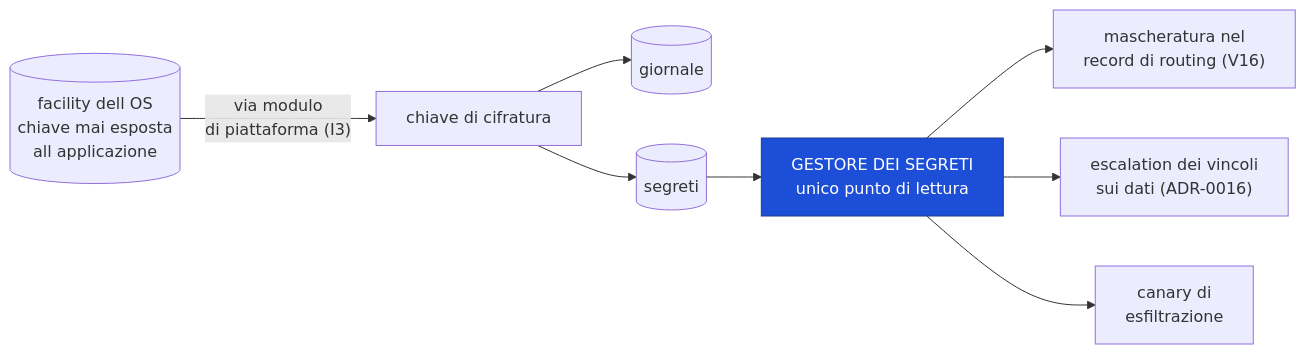
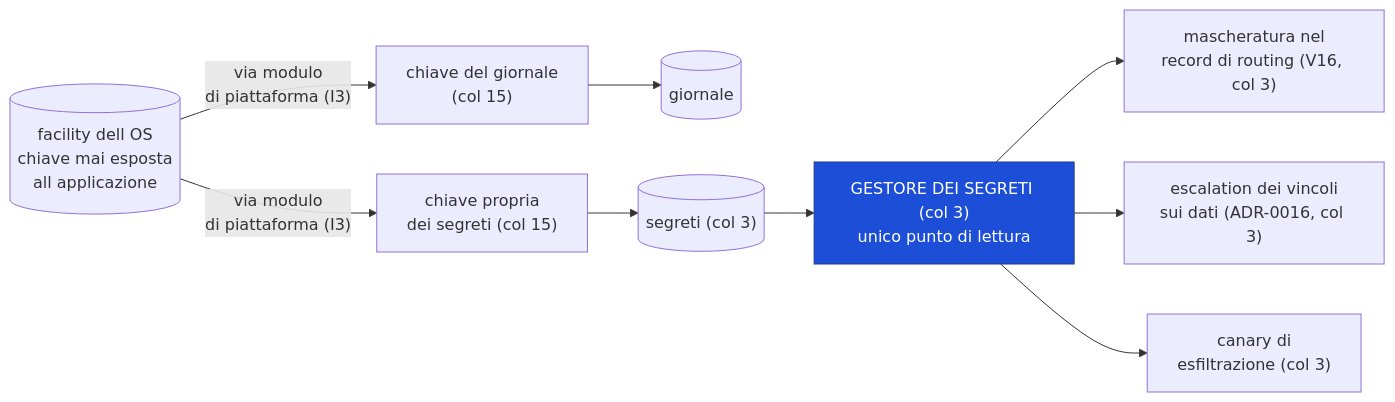
Before and after one commit to devfrx/daemon: the second of 4 diagrams in docs/design/09-l0-fisico.md, drawn with Mermaid. The commit also changed other lines of this file and 1 other file, not shown here.

First line of the commit message:
audit(2026-09-30): I diagrammi 09-10, col «(col 15)» della cifratura

````diff
--- a/docs/design/09-l0-fisico.md
+++ b/docs/design/09-l0-fisico.md
@@ -62,14 +73,15 @@
 ```mermaid
 flowchart LR
-    OS[("facility dell OS<br/>chiave mai esposta<br/>all applicazione")] -->|"via modulo<br/>di piattaforma (I3)"| K["chiave di cifratura"]
+    OS[("facility dell OS<br/>chiave mai esposta<br/>all applicazione")] -->|"via modulo<br/>di piattaforma (I3)"| K["chiave del giornale<br/>(col 15)"]
+    OS -->|"via modulo<br/>di piattaforma (I3)"| KS["chiave propria<br/>dei segreti (col 15)"]
     K --> G[("giornale")]
-    K --> S[("segreti")]
+    KS --> S[("segreti (col 3)")]
 
-    S --> GS["GESTORE DEI SEGRETI<br/>unico punto di lettura"]
-    GS --> M1["mascheratura nel<br/>record di routing (V16)"]
-    GS --> M2["escalation dei vincoli<br/>sui dati (ADR-0016)"]
-    GS --> M3["canary di<br/>esfiltrazione"]
+    S --> GS["GESTORE DEI SEGRETI (col 3)<br/>unico punto di lettura"]
+    GS --> M1["mascheratura nel<br/>record di routing (V16, col 3)"]
+    GS --> M2["escalation dei vincoli<br/>sui dati (ADR-0016, col 3)"]
+    GS --> M3["canary di<br/>esfiltrazione (col 3)"]
 
     classDef uniq fill:#1d4ed8,stroke:#1e3a8a,color:#fff
     class GS uniq
 ```
````
